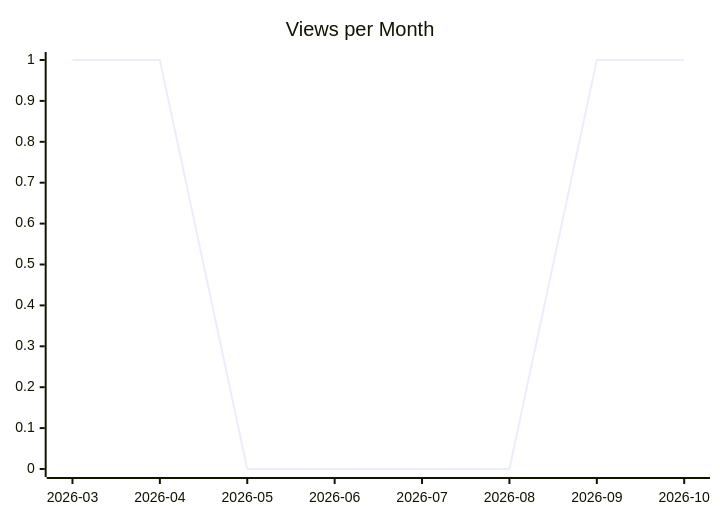
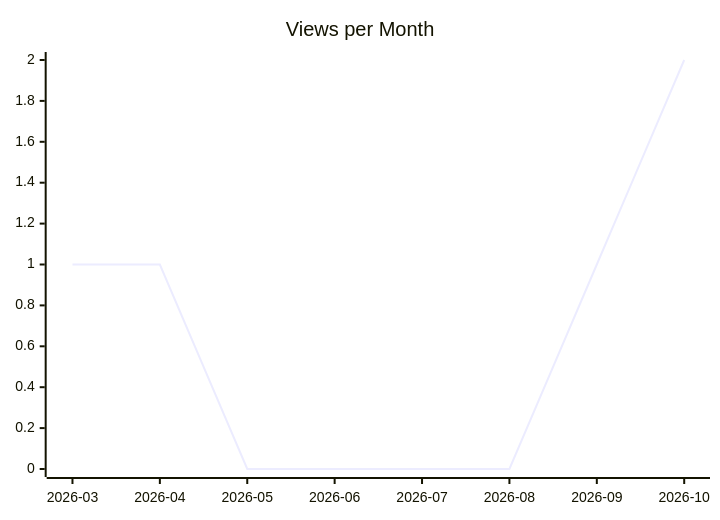
The second of 3 diagrams in karlmdavis/todoist-ai/README.md (justdavis-family/github-analytics-data), drawn with Mermaid before and after one commit. The commit also changed other lines of this file and 203 other files, not shown here.

````diff
--- a/karlmdavis/todoist-ai/README.md
+++ b/karlmdavis/todoist-ai/README.md
@@ -12,6 +12,6 @@
 ```mermaid
 xychart-beta
   title "Views per Month"
   x-axis ["2026-03", "2026-04", "2026-05", "2026-06", "2026-07", "2026-08", "2026-09", "2026-10"]
-  line [1, 1, 0, 0, 0, 0, 1, 1]
+  line [1, 1, 0, 0, 0, 0, 1, 2]
 ```
````
